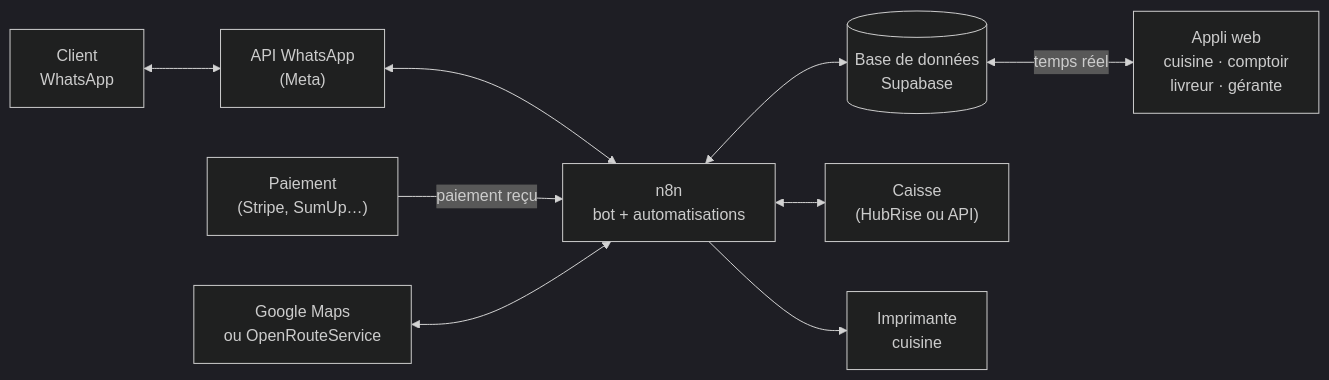
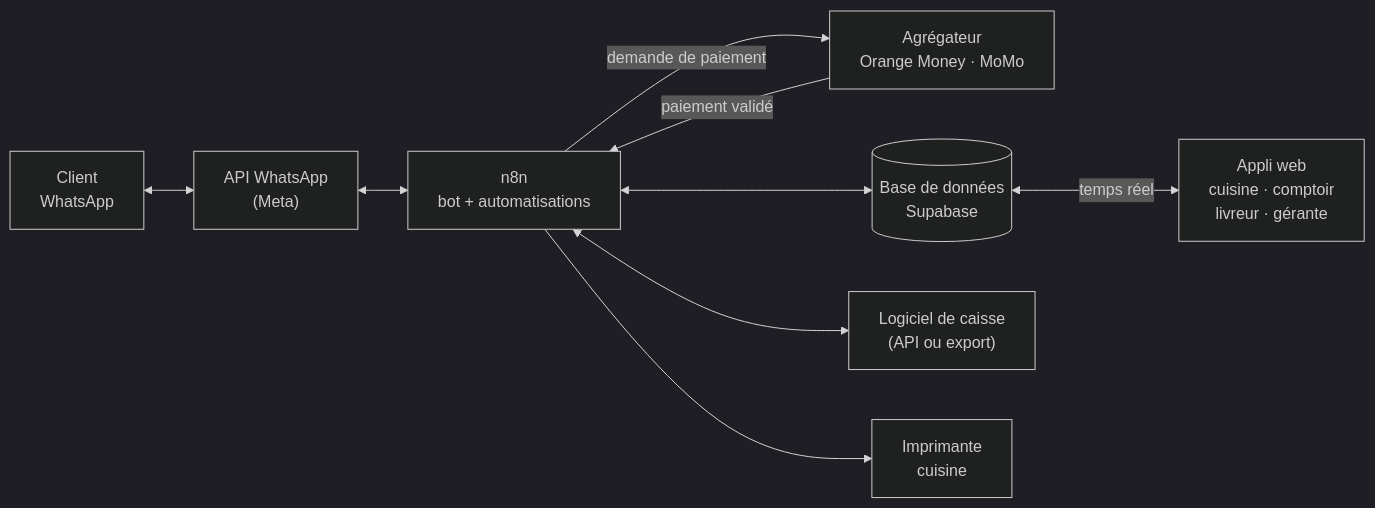
Before and after one commit to jadidipanda-max/n8n: the diagram in projets/c-pizza/cahier-des-charges.md, drawn with Mermaid (dark theme). The commit also changed other lines of this file, not shown here.

First line of the commit message:
C Pizza : adaptation au Cameroun et prérequis de l'API WhatsApp

````diff
--- a/projets/c-pizza/cahier-des-charges.md
+++ b/projets/c-pizza/cahier-des-charges.md
@@ -171,11 +230,11 @@
 ```mermaid
 flowchart LR
     Client["Client<br/>WhatsApp"] <--> WA["API WhatsApp<br/>(Meta)"]
     WA <--> N8N["n8n<br/>bot + automatisations"]
-    PAY["Paiement<br/>(Stripe, SumUp…)"] -- "paiement reçu" --> N8N
+    PAY["Agrégateur<br/>Orange Money · MoMo"] -- "paiement validé" --> N8N
+    N8N -- "demande de paiement" --> PAY
     N8N <--> DB[("Base de données<br/>Supabase")]
-    MAPS["Google Maps<br/>ou OpenRouteService"] <--> N8N
-    N8N <--> POS["Caisse<br/>(HubRise ou API)"]
+    N8N <--> POS["Logiciel de caisse<br/>(API ou export)"]
     DB <-- "temps réel" --> APP["Appli web<br/>cuisine · comptoir<br/>livreur · gérante"]
     N8N --> PRINT["Imprimante<br/>cuisine"]
 ```
````
